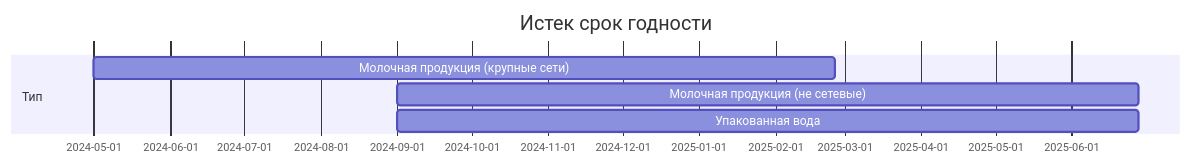
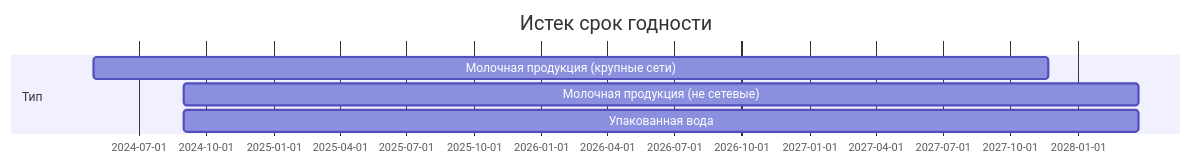
Before and after one commit to itidasoft/wiki: the fifth of 7 diagrams in imark/ppr1944.md, drawn with Mermaid. The commit also changed other lines of this file, not shown here.

````diff
--- a/imark/ppr1944.md
+++ b/imark/ppr1944.md
@@ -245,9 +245,9 @@
 ```mermaid
 gantt
 	title Истек срок годности
   dateFormat DD-MM-YYYY
   section Тип
-  	Молочная продукция (крупные сети)    :a1, 01-05-2024, 300d
-    Молочная продукция (не сетевые)    :a2, 01-09-2024, 300d
-    Упакованная вода   :a3, 01-09-2024, 300d
+  	Молочная продукция (крупные сети)    :a1, 01-05-2024, 1300d
+    Молочная продукция (не сетевые)    :a2, 01-09-2024, 1300d
+    Упакованная вода   :a3, 01-09-2024, 1300d
 ```
````
